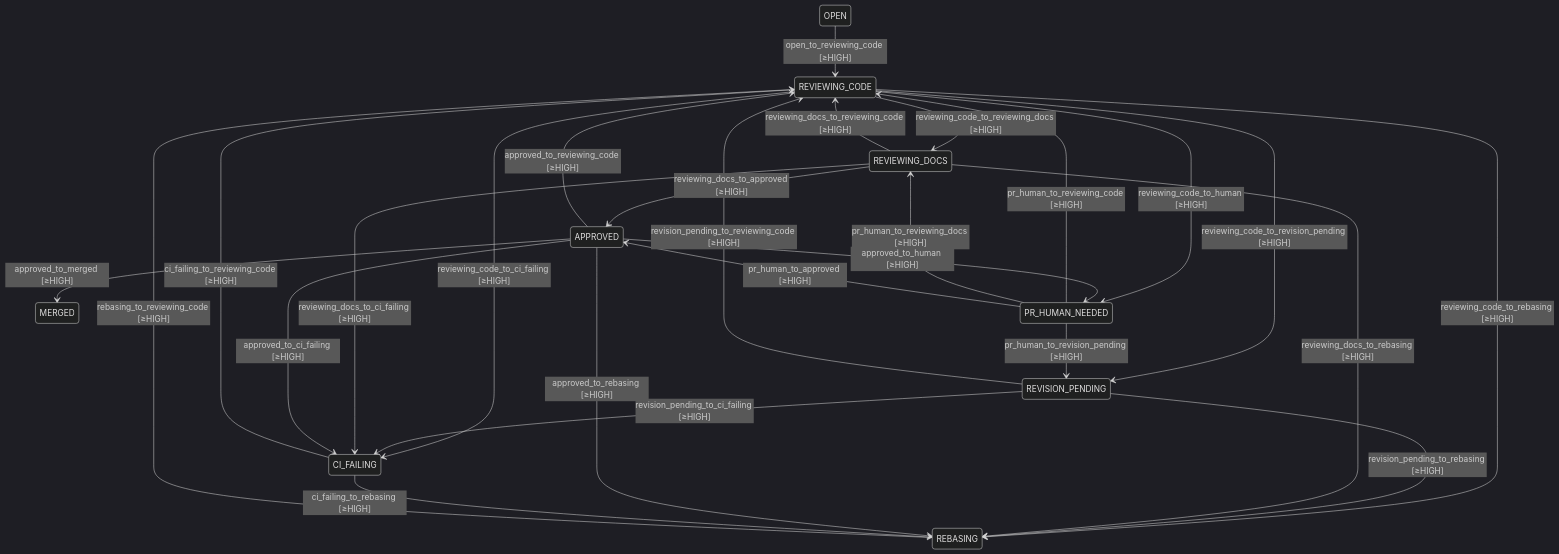
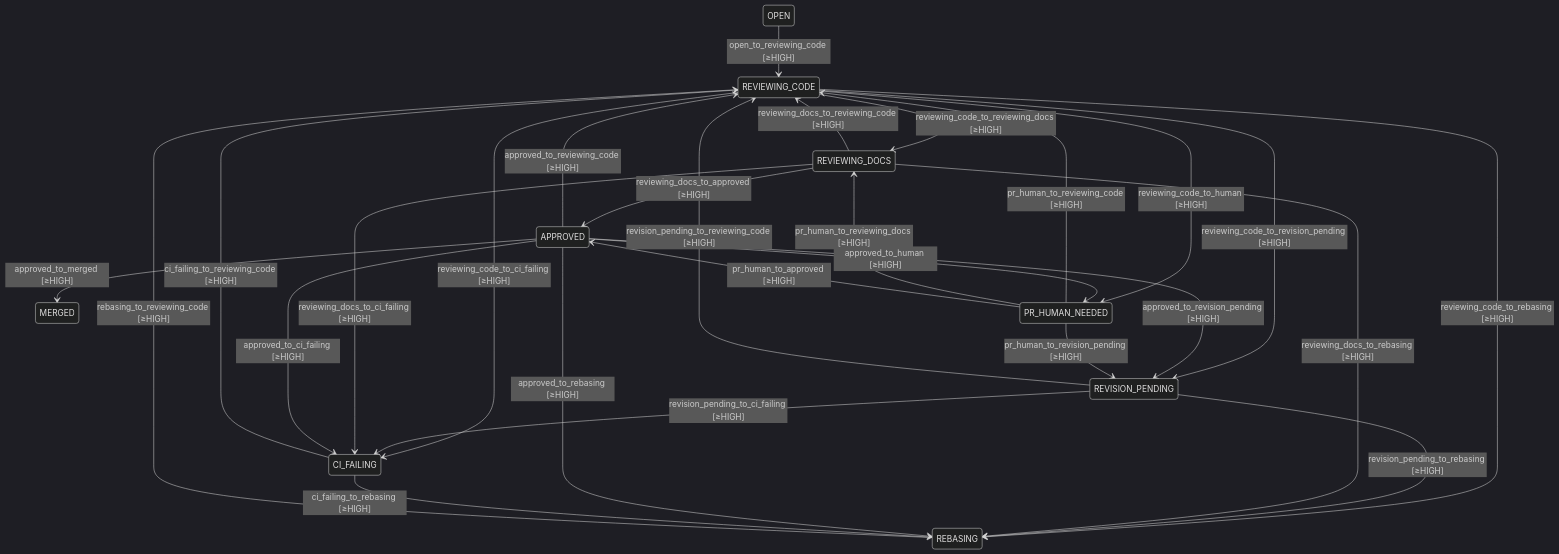
Before and after one commit to damien-robotsix/robotsix-cai: the second of 2 diagrams in docs/fsm.md, drawn with Mermaid (dark theme). The commit also changed 1 other file, not shown here.

Commit message:
chore: auto-regenerate generated docs

````diff
--- a/docs/fsm.md
+++ b/docs/fsm.md
@@ -56,28 +56,29 @@
 ```mermaid
 stateDiagram-v2
     OPEN --> REVIEWING_CODE : open_to_reviewing_code [≥HIGH]
     REVIEWING_CODE --> REVISION_PENDING : reviewing_code_to_revision_pending [≥HIGH]
     REVIEWING_CODE --> REVIEWING_DOCS : reviewing_code_to_reviewing_docs [≥HIGH]
     REVISION_PENDING --> REVIEWING_CODE : revision_pending_to_reviewing_code [≥HIGH]
     REVIEWING_DOCS --> REVIEWING_CODE : reviewing_docs_to_reviewing_code [≥HIGH]
     REVIEWING_DOCS --> APPROVED : reviewing_docs_to_approved [≥HIGH]
     APPROVED --> MERGED : approved_to_merged [≥HIGH]
     APPROVED --> REVIEWING_CODE : approved_to_reviewing_code [≥HIGH]
     REVIEWING_CODE --> CI_FAILING : reviewing_code_to_ci_failing [≥HIGH]
     REVISION_PENDING --> CI_FAILING : revision_pending_to_ci_failing [≥HIGH]
     REVIEWING_DOCS --> CI_FAILING : reviewing_docs_to_ci_failing [≥HIGH]
     APPROVED --> CI_FAILING : approved_to_ci_failing [≥HIGH]
     CI_FAILING --> REVIEWING_CODE : ci_failing_to_reviewing_code [≥HIGH]
     REVIEWING_CODE --> REBASING : reviewing_code_to_rebasing [≥HIGH]
     REVISION_PENDING --> REBASING : revision_pending_to_rebasing [≥HIGH]
     REVIEWING_DOCS --> REBASING : reviewing_docs_to_rebasing [≥HIGH]
     APPROVED --> REBASING : approved_to_rebasing [≥HIGH]
     CI_FAILING --> REBASING : ci_failing_to_rebasing [≥HIGH]
     REBASING --> REVIEWING_CODE : rebasing_to_reviewing_code [≥HIGH]
     REVIEWING_CODE --> PR_HUMAN_NEEDED : reviewing_code_to_human [≥HIGH]
     APPROVED --> PR_HUMAN_NEEDED : approved_to_human [≥HIGH]
+    APPROVED --> REVISION_PENDING : approved_to_revision_pending [≥HIGH]
     PR_HUMAN_NEEDED --> REVIEWING_CODE : pr_human_to_reviewing_code [≥HIGH]
     PR_HUMAN_NEEDED --> REVISION_PENDING : pr_human_to_revision_pending [≥HIGH]
     PR_HUMAN_NEEDED --> REVIEWING_DOCS : pr_human_to_reviewing_docs [≥HIGH]
     PR_HUMAN_NEEDED --> APPROVED : pr_human_to_approved [≥HIGH]
 ```
````
